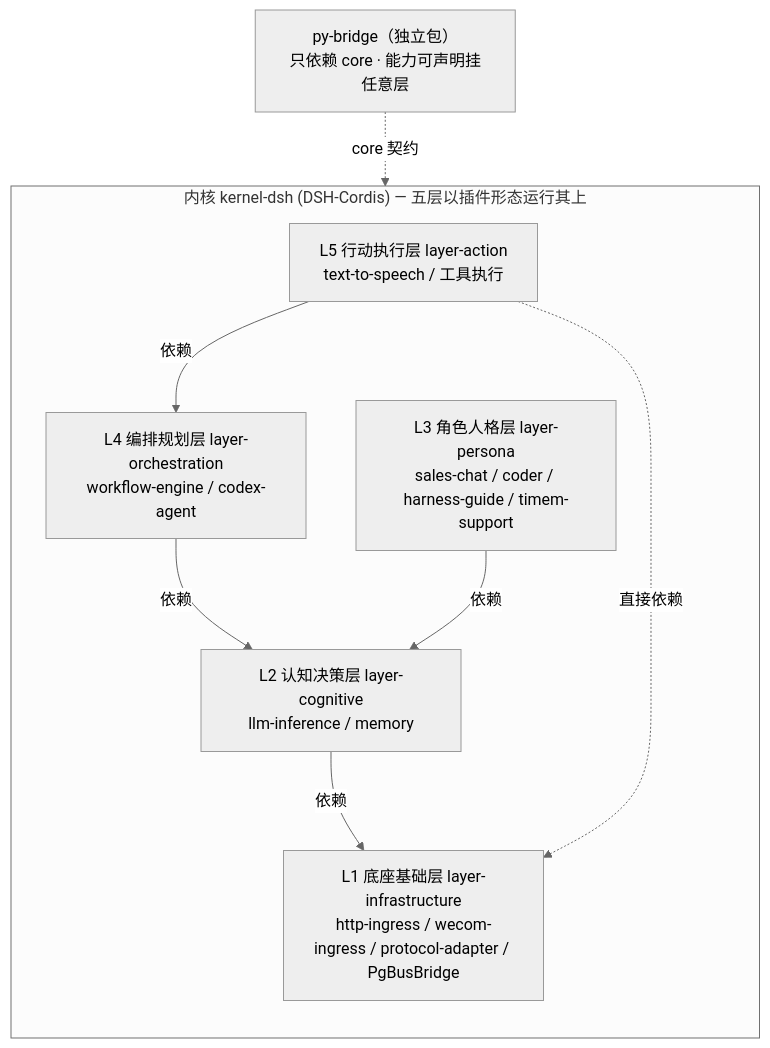
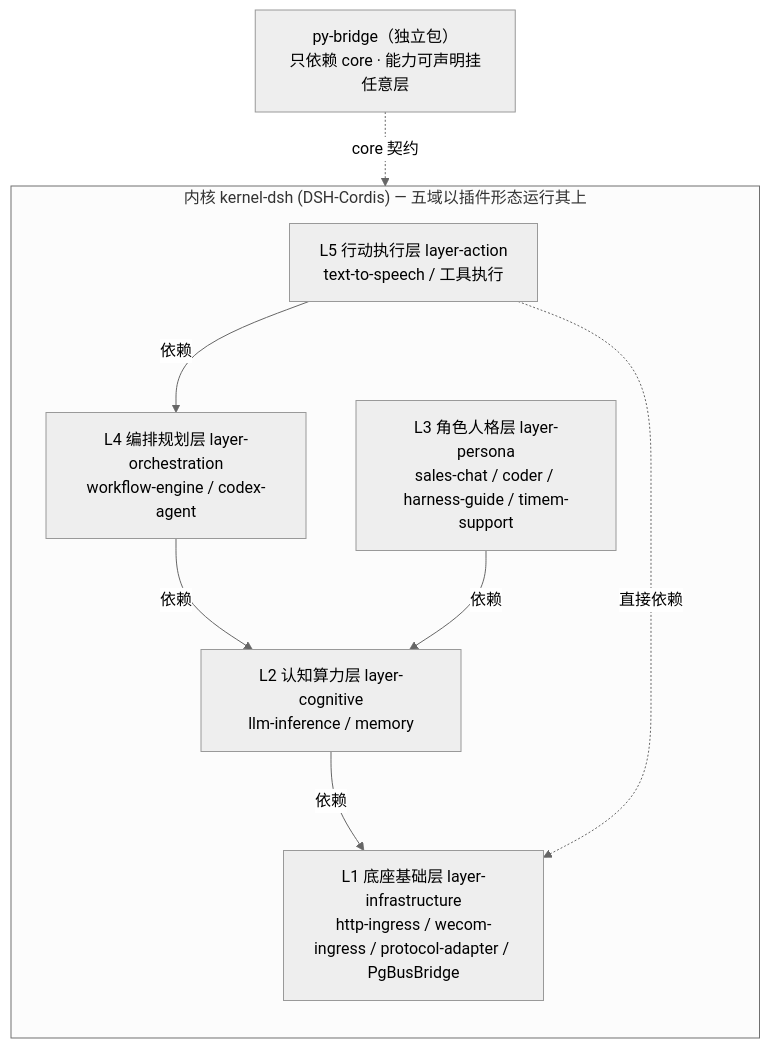
Before and after one commit to AIGility-Cloud-Innovation/aigility-harness: the second of 2 diagrams in README.md, drawn with Mermaid (neutral theme). The commit also changed other lines of this file, not shown here.

````diff
--- a/README.md
+++ b/README.md
@@ -103,18 +103,18 @@
 ```mermaid
 flowchart TB
-    subgraph KERNEL["内核 kernel-dsh (DSH-Cordis) — 五层以插件形态运行其上"]
+    subgraph KERNEL["内核 kernel-dsh (DSH-Cordis) — 五域以插件形态运行其上"]
         direction TB
         L5["L5 行动执行层 layer-action<br/>text-to-speech / 工具执行"]
         L4["L4 编排规划层 layer-orchestration<br/>workflow-engine / codex-agent"]
         L3["L3 角色人格层 layer-persona<br/>sales-chat / coder / harness-guide / timem-support"]
-        L2["L2 认知决策层 layer-cognitive<br/>llm-inference / memory"]
+        L2["L2 认知算力层 layer-cognitive<br/>llm-inference / memory"]
         L1["L1 底座基础层 layer-infrastructure<br/>http-ingress / wecom-ingress / protocol-adapter / PgBusBridge"]
         L5 -->|依赖| L4
         L4 -->|依赖| L2
         L3 -->|依赖| L2
         L2 -->|依赖| L1
         L5 -.->|直接依赖| L1
     end
     PYB["py-bridge（独立包）<br/>只依赖 core · 能力可声明挂任意层"]
     PYB -.->|core 契约| KERNEL
 ```
````
